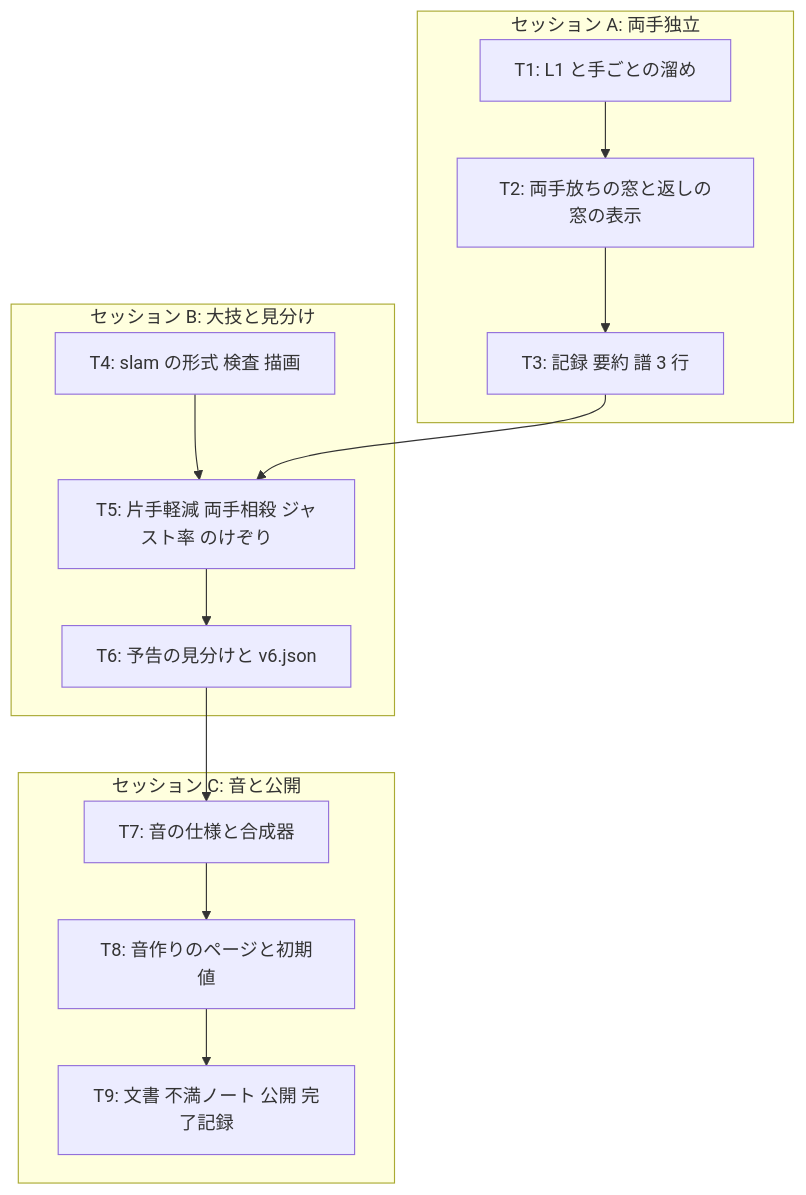
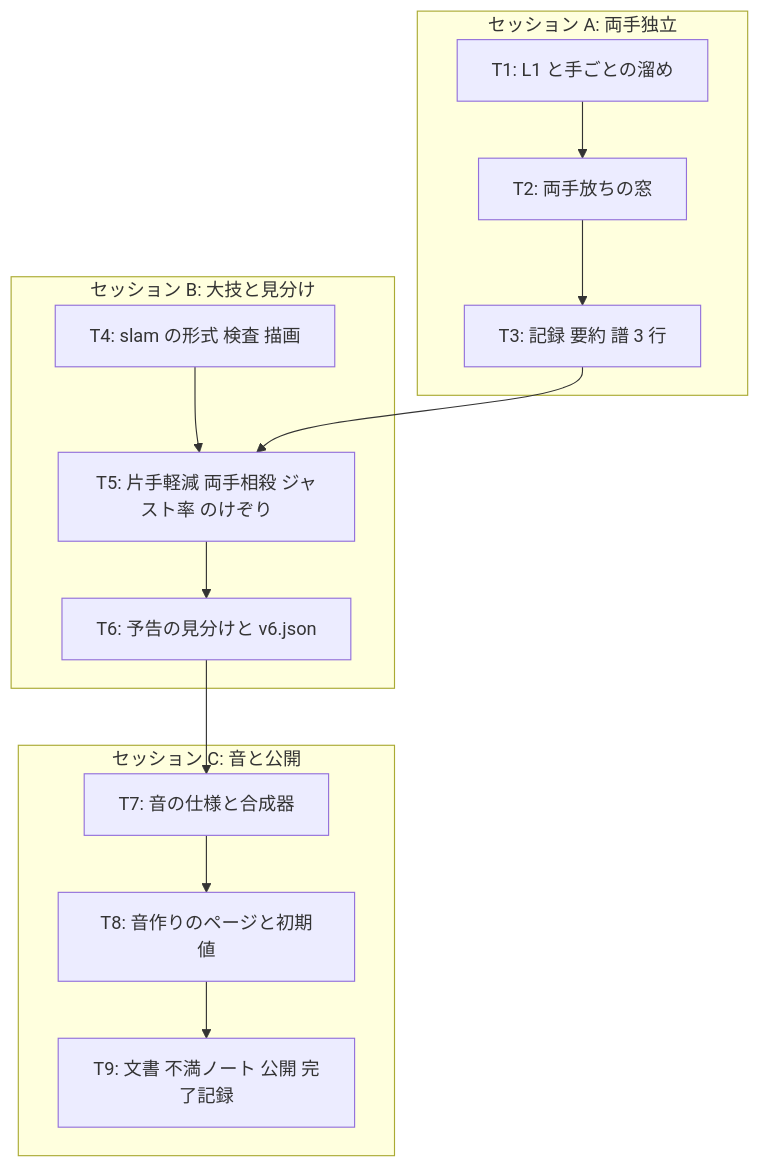
One commit to pokadokan-boop/music_action_lab changed the diagram in docs/plan/v6-phase1.md. Above: the diagram before and after it, drawn with Mermaid. The commit also changed other lines of this file and 1 other file, not shown here.

````diff
--- a/docs/plan/v6-phase1.md
+++ b/docs/plan/v6-phase1.md
@@ -49,17 +49,17 @@
 ```mermaid
 graph TD
     subgraph A[セッション A: 両手独立]
-        T1[T1: L1 と手ごとの溜め] --> T2[T2: 両手放ちの窓と返しの窓の表示]
+        T1[T1: L1 と手ごとの溜め] --> T2[T2: 両手放ちの窓]
         T2 --> T3[T3: 記録 要約 譜 3 行]
     end
     subgraph B[セッション B: 大技と見分け]
         T4[T4: slam の形式 検査 描画] --> T5[T5: 片手軽減 両手相殺 ジャスト率 のけぞり]
         T5 --> T6[T6: 予告の見分けと v6.json]
     end
     subgraph C[セッション C: 音と公開]
         T7[T7: 音の仕様と合成器] --> T8[T8: 音作りのページと初期値]
         T8 --> T9[T9: 文書 不満ノート 公開 完了記録]
     end
     T3 --> T5
     T6 --> T7
 ```
````
